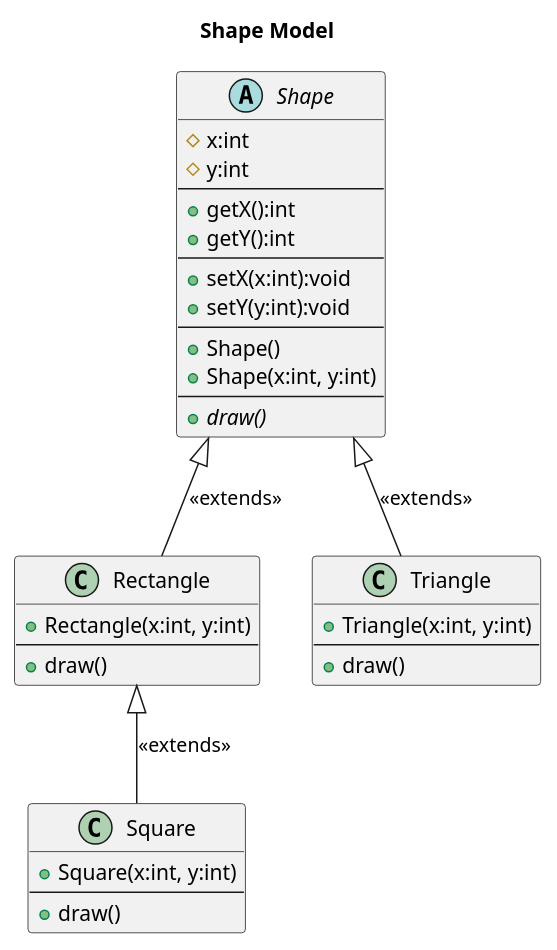
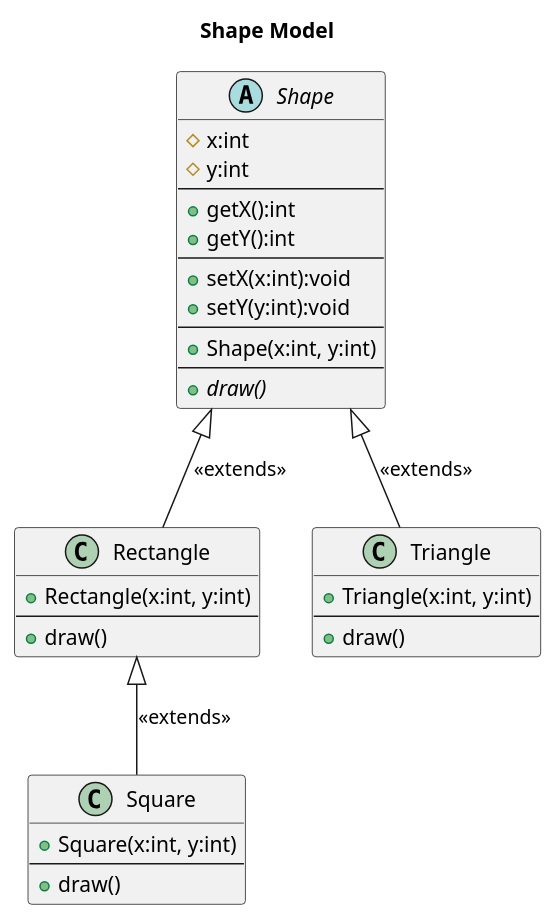
One commit to abcabb/Uygulamalarla-Nesne-Yonelimli-Programlama changed the diagram in UMLs/AbstractClass.wsd. Above: the diagram before and after it, drawn with PlantUML. The commit also changed 11 other files, not shown here.

```diff
--- a/UMLs/AbstractClass.wsd
+++ b/UMLs/AbstractClass.wsd
@@ -1,42 +1,41 @@
 @startuml Abstract Class
 title Shape Model
 abstract class Shape{
     #x:int
     #y:int
     --
     +getX():int
     +getY():int
     --
     +setX(x:int):void
     +setY(y:int):void
     --
-    +Shape()
     +Shape(x:int, y:int)
     --
     +{abstract}draw()
 }
 
 class Triangle{
     +Triangle(x:int, y:int)
     --
     +draw()
 }
 
 class Rectangle{
     +Rectangle(x:int, y:int)
     --
     +draw()
 }
 
 class Square{
     +Square(x:int, y:int)
     --
     +draw()
 }
 
 Triangle -up-|> Shape : <<extends>>
 Rectangle -up-|> Shape : <<extends>>
 Square -up-|> Rectangle : <<extends>>
 
 hide empty member
 @enduml
```
